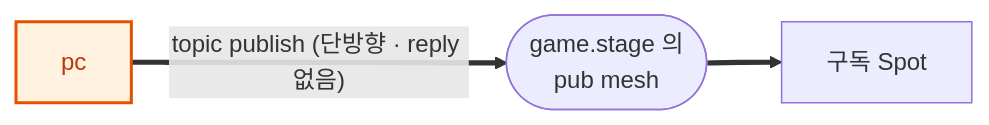
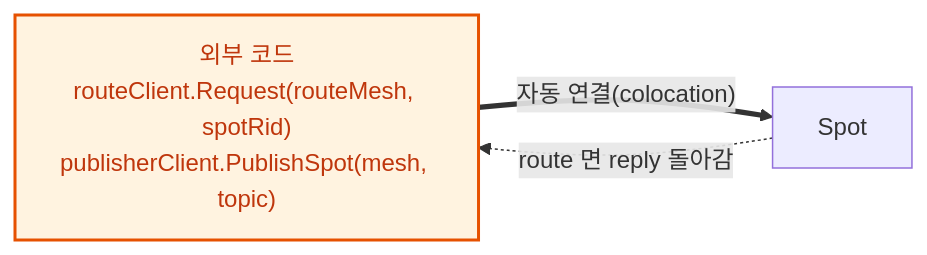
One commit to kairos-code-dev/zlink changed the fifth of 8 diagrams in framework/doc/framework/dotnet/guide/05-spot.ko.md. Above: the diagram before and after it, drawn with Mermaid. The commit also changed other lines of this file, not shown here.

First line of the commit message:
docs(guide): rewire 05-spot to implicit RouteMesh model + multi-node

````diff
--- a/framework/doc/framework/dotnet/guide/05-spot.ko.md
+++ b/framework/doc/framework/dotnet/guide/05-spot.ko.md
@@ -203,6 +196,8 @@
 ```mermaid
 flowchart LR
-  pc ==>|"topic publish (단방향 · reply 없음)"| p(["game.stage 의<br/>pub mesh"]) ==> spot["구독 Spot"]
+  ext["외부 코드<br/>routeClient.Request(routeMesh, spotRid)<br/>publisherClient.PublishSpot(mesh, topic)"]
+  ext ==>|"자동 연결(colocation)"| sp["Spot"]
+  sp -.->|"route 면 reply 돌아감"| ext
   classDef b fill:#fff3e0,stroke:#e65100,stroke-width:2px,color:#bf360c;
-  class f,pc b;
+  class ext b;
 ```
````
